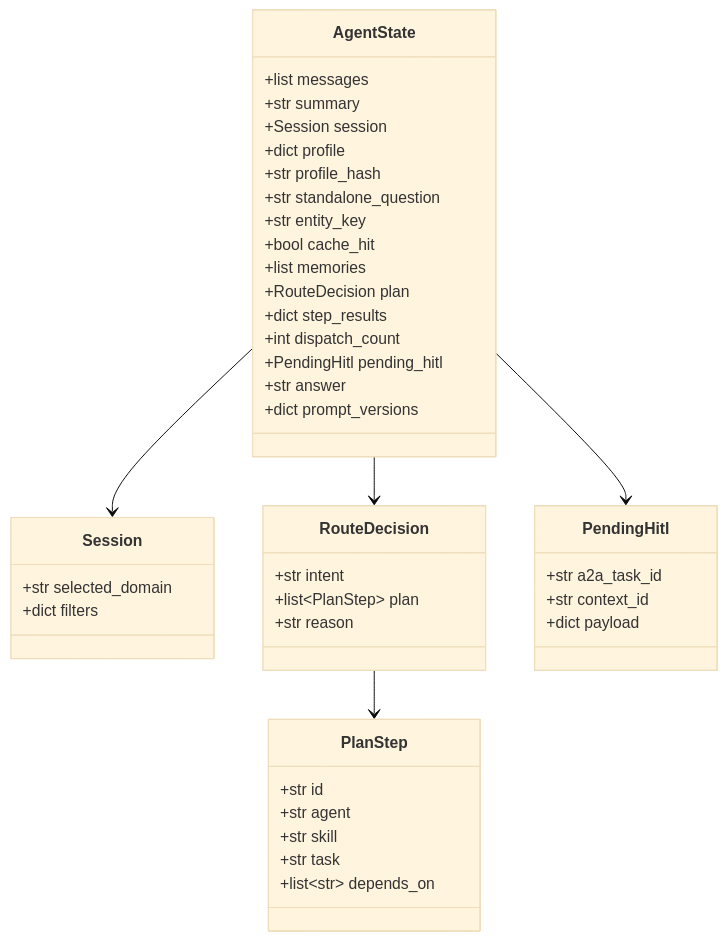
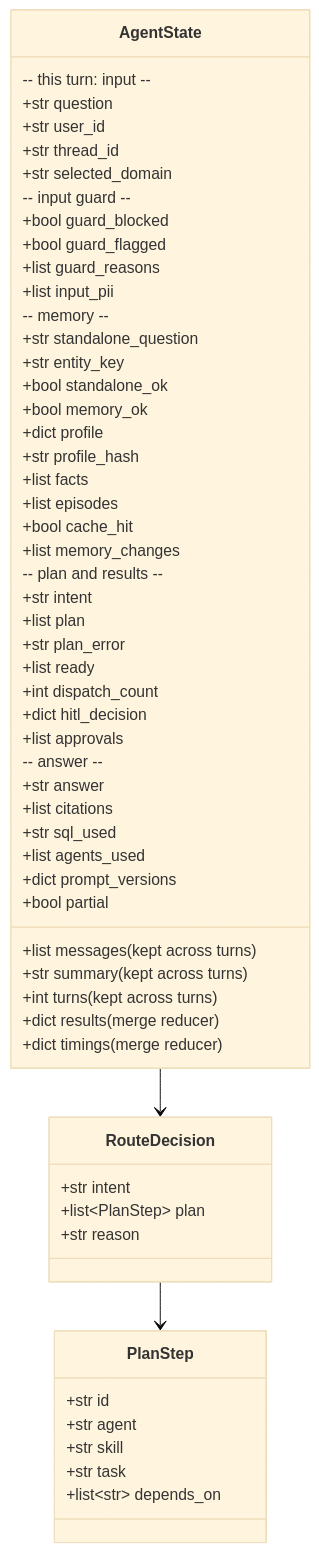
Before and after one commit to SwatantraJain-02/multi_conversational_agentic_system: the fourth of 21 diagrams in docs/architecture/hld_lld.md, drawn with Mermaid (base theme). The commit also changed other lines of this file, not shown here.

First line of the commit message:
Update the architecture document to match what is built

````diff
--- a/docs/architecture/hld_lld.md
+++ b/docs/architecture/hld_lld.md
@@ -184,45 +182,60 @@
 ```mermaid
 classDiagram
     class AgentState {
-        +list messages
-        +str summary
-        +Session session
+        +list messages  (kept across turns)
+        +str summary  (kept across turns)
+        +int turns  (kept across turns)
+        -- this turn: input --
+        +str question
+        +str user_id
+        +str thread_id
+        +str selected_domain
+        -- input guard --
+        +bool guard_blocked
+        +bool guard_flagged
+        +list guard_reasons
+        +list input_pii
+        -- memory --
+        +str standalone_question
+        +str entity_key
+        +bool standalone_ok
+        +bool memory_ok
         +dict profile
         +str profile_hash
-        +str standalone_question
-        +str entity_key
+        +list facts
+        +list episodes
         +bool cache_hit
-        +list memories
-        +RouteDecision plan
-        +dict step_results
+        +list memory_changes
+        -- plan and results --
+        +str intent
+        +list plan
+        +str plan_error
+        +list ready
         +int dispatch_count
-        +PendingHitl pending_hitl
+        +dict results  (merge reducer)
+        +dict timings  (merge reducer)
+        +dict hitl_decision
+        +list approvals
+        -- answer --
         +str answer
+        +list citations
+        +str sql_used
+        +list agents_used
         +dict prompt_versions
-    }
-    class Session {
-        +str selected_domain
-        +dict filters
+        +bool partial
     }
     class RouteDecision {
         +str intent
         +list~PlanStep~ plan
         +str reason
     }
     class PlanStep {
         +str id
         +str agent
         +str skill
         +str task
         +list~str~ depends_on
     }
-    class PendingHitl {
-        +str a2a_task_id
-        +str context_id
-        +dict payload
-    }
-    AgentState --> Session
     AgentState --> RouteDecision
-    AgentState --> PendingHitl
     RouteDecision --> PlanStep
 ```
````
